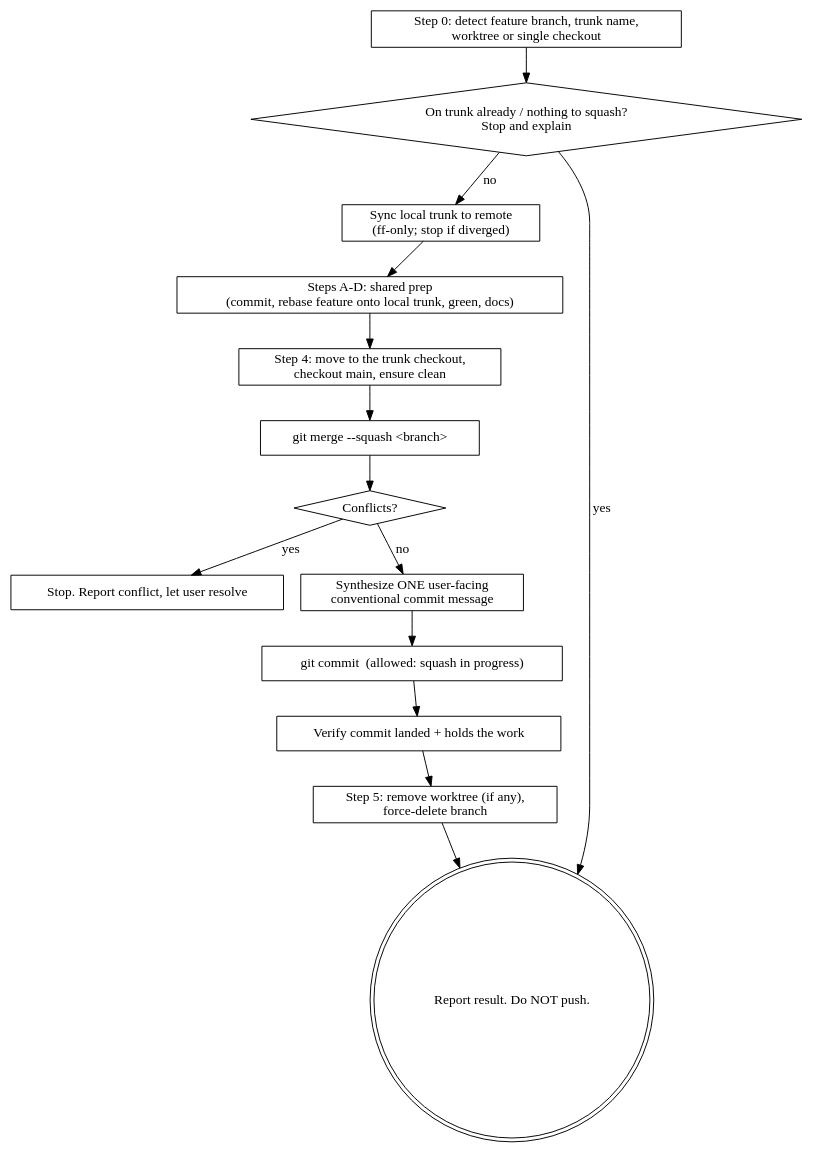
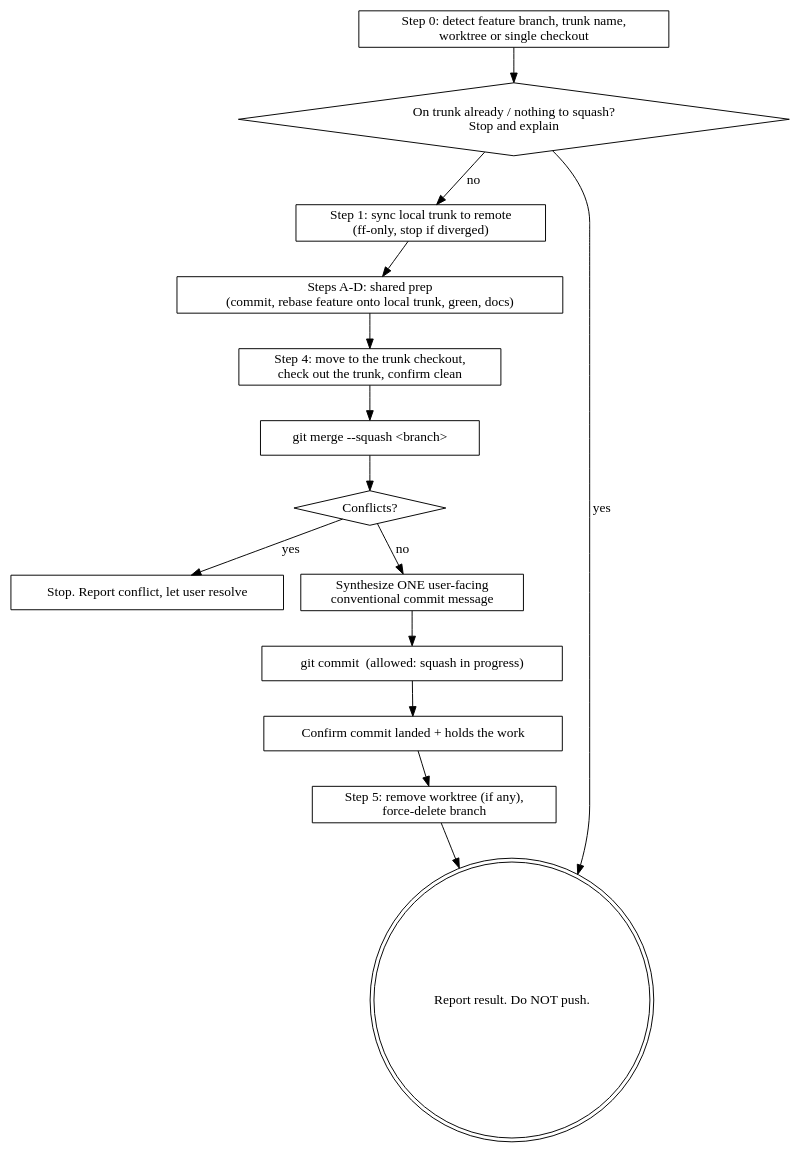
Before and after one commit to natelandau/cc-plugin: the diagram in plugins/natelandau-toolkit/skills/squash/SKILL.md, drawn with Graphviz. The commit also changed other lines of this file and 9 other files, not shown here.

````diff
--- a/plugins/natelandau-toolkit/skills/squash/SKILL.md
+++ b/plugins/natelandau-toolkit/skills/squash/SKILL.md
@@ -42,27 +44,27 @@
 ```dot
 digraph squash {
   rankdir=TB; node [shape=box];
   detect   [label="Step 0: detect feature branch, trunk name,\nworktree or single checkout"];
   refuse   [label="On trunk already / nothing to squash?\nStop and explain" shape=diamond];
-  sync     [label="Sync local trunk to remote\n(ff-only; stop if diverged)"];
+  sync     [label="Step 1: sync local trunk to remote\n(ff-only, stop if diverged)"];
   prep     [label="Steps A-D: shared prep\n(commit, rebase feature onto local trunk, green, docs)"];
-  goto     [label="Step 4: move to the trunk checkout,\ncheckout main, ensure clean"];
+  goto     [label="Step 4: move to the trunk checkout,\ncheck out the trunk, confirm clean"];
   squash   [label="git merge --squash <branch>"];
   conflict [label="Conflicts?" shape=diamond];
   resolve  [label="Stop. Report conflict, let user resolve"];
   msg      [label="Synthesize ONE user-facing\nconventional commit message"];
   commit2  [label="git commit  (allowed: squash in progress)"];
-  verify   [label="Verify commit landed + holds the work"];
+  verify   [label="Confirm commit landed + holds the work"];
   cleanup  [label="Step 5: remove worktree (if any),\nforce-delete branch"];
   done     [label="Report result. Do NOT push." shape=doublecircle];
 
   detect -> refuse;
   refuse -> done [label="yes"];
   refuse -> sync [label="no"];
   sync -> prep -> goto -> squash -> conflict;
   conflict -> resolve [label="yes"];
   conflict -> msg [label="no"];
   msg -> commit2;
   commit2 -> verify -> cleanup -> done;
 }
 ```
````
